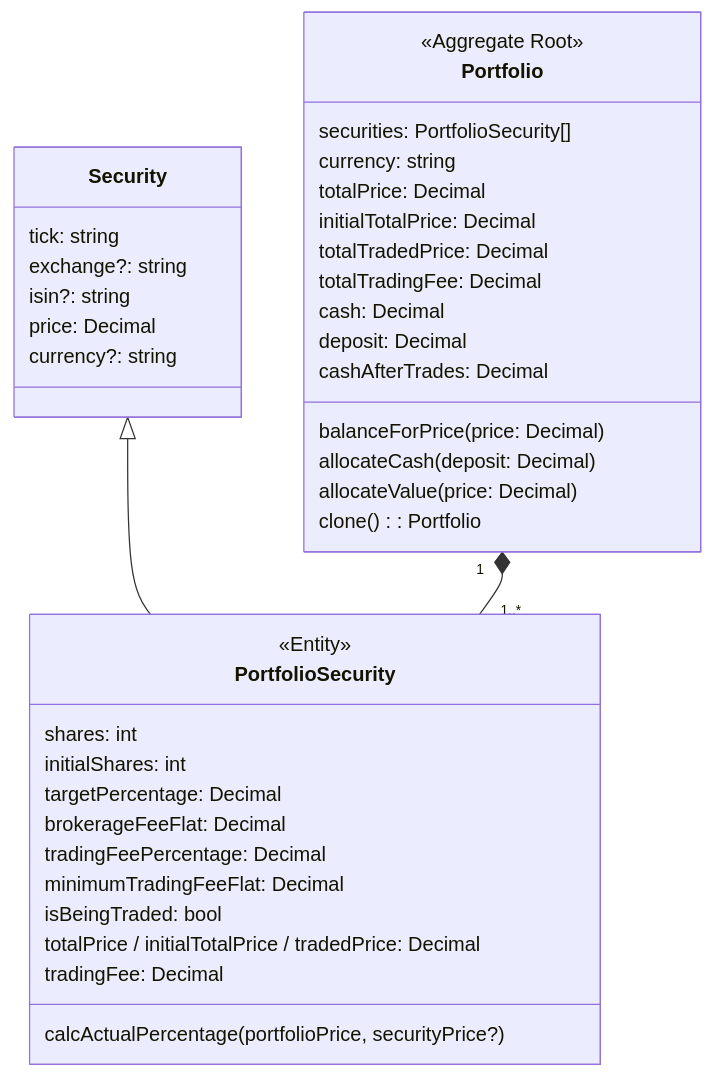
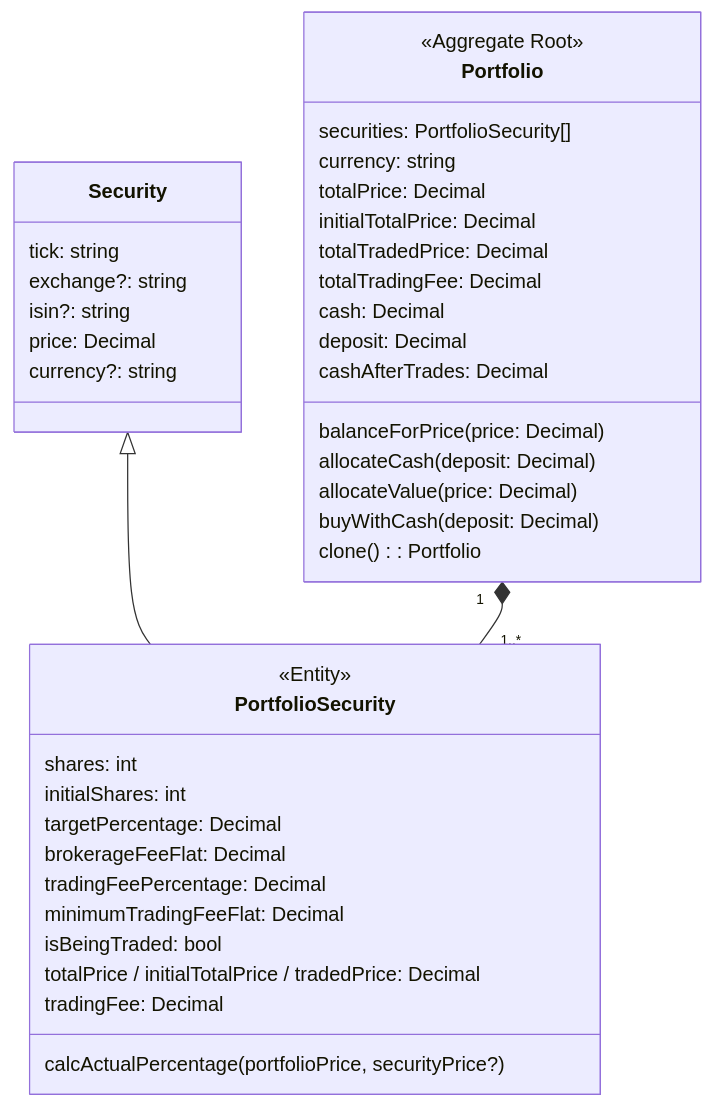
The second of 2 diagrams in docs/domain/README.md (armaaar/stock-calc), drawn with Mermaid before and after one commit. The commit also changed 16 other files, not shown here.

````diff
--- a/docs/domain/README.md
+++ b/docs/domain/README.md
@@ -63,41 +63,42 @@
 ```mermaid
 classDiagram
   class Portfolio {
     <<Aggregate Root>>
     securities: PortfolioSecurity[]
     currency: string
     totalPrice: Decimal
     initialTotalPrice: Decimal
     totalTradedPrice: Decimal
     totalTradingFee: Decimal
     cash: Decimal
     deposit: Decimal
     cashAfterTrades: Decimal
     balanceForPrice(price: Decimal)
     allocateCash(deposit: Decimal)
     allocateValue(price: Decimal)
+    buyWithCash(deposit: Decimal)
     clone(): Portfolio
   }
   class Security {
     tick: string
     exchange?: string
     isin?: string
     price: Decimal
     currency?: string
   }
   class PortfolioSecurity {
     <<Entity>>
     shares: int
     initialShares: int
     targetPercentage: Decimal
     brokerageFeeFlat: Decimal
     tradingFeePercentage: Decimal
     minimumTradingFeeFlat: Decimal
     isBeingTraded: bool
     totalPrice / initialTotalPrice / tradedPrice: Decimal
     tradingFee: Decimal
     calcActualPercentage(portfolioPrice, securityPrice?)
   }
   Security <|-- PortfolioSecurity
   Portfolio "1" *-- "1..*" PortfolioSecurity
 ```
````
